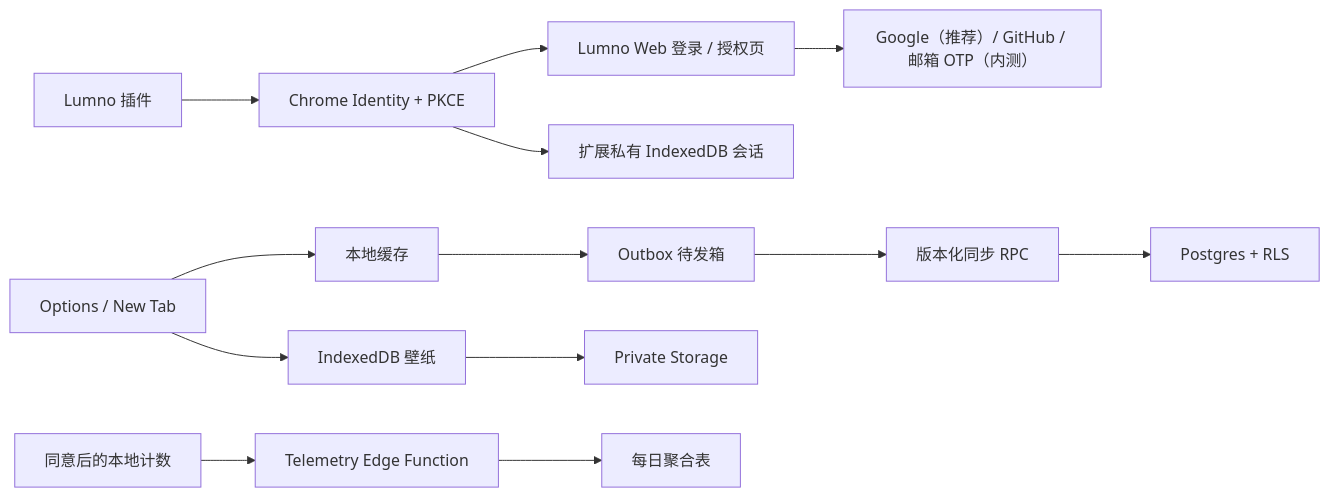
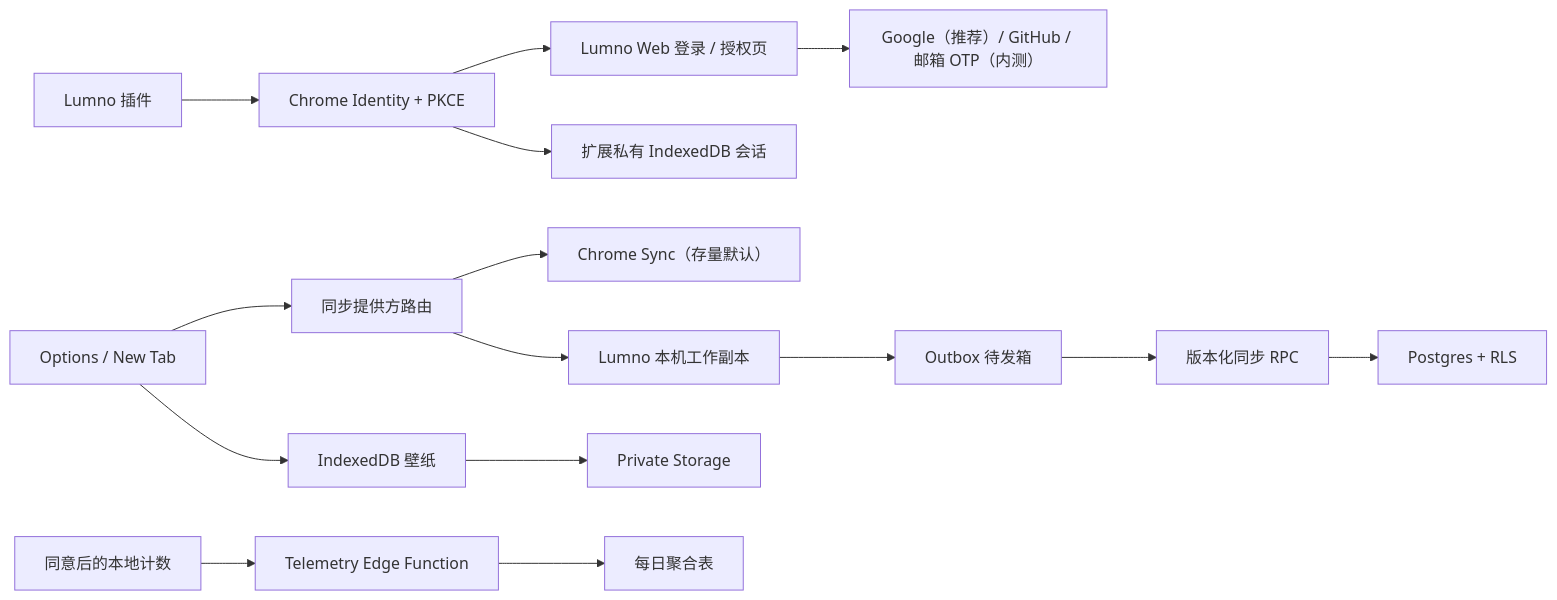
One commit to 0-V-linuxdo/lumno-extension changed the diagram in docs/account-sync-architecture.md. Above: the diagram before and after it, drawn with Mermaid. The commit also changed other lines of this file and 31 other files, not shown here.

````diff
--- a/docs/account-sync-architecture.md
+++ b/docs/account-sync-architecture.md
@@ -15,15 +15,17 @@
 ```mermaid
 flowchart LR
   Plugin["Lumno 插件"] --> PKCE["Chrome Identity + PKCE"]
   PKCE --> Web["Lumno Web 登录 / 授权页"]
   Web --> Social["Google（推荐）/ GitHub / 邮箱 OTP（内测）"]
   PKCE --> Vault["扩展私有 IndexedDB 会话"]
-  UI["Options / New Tab"] --> Cache["本地缓存"]
+  UI["Options / New Tab"] --> Router["同步提供方路由"]
+  Router --> ChromeSync["Chrome Sync（存量默认）"]
+  Router --> Cache["Lumno 本机工作副本"]
   Cache --> Outbox["Outbox 待发箱"]
   Outbox --> RPC["版本化同步 RPC"]
   RPC --> DB["Postgres + RLS"]
   UI --> IDB["IndexedDB 壁纸"]
   IDB --> Media["Private Storage"]
   Counter["同意后的本地计数"] --> Edge["Telemetry Edge Function"]
   Edge --> Daily["每日聚合表"]
 ```
````
